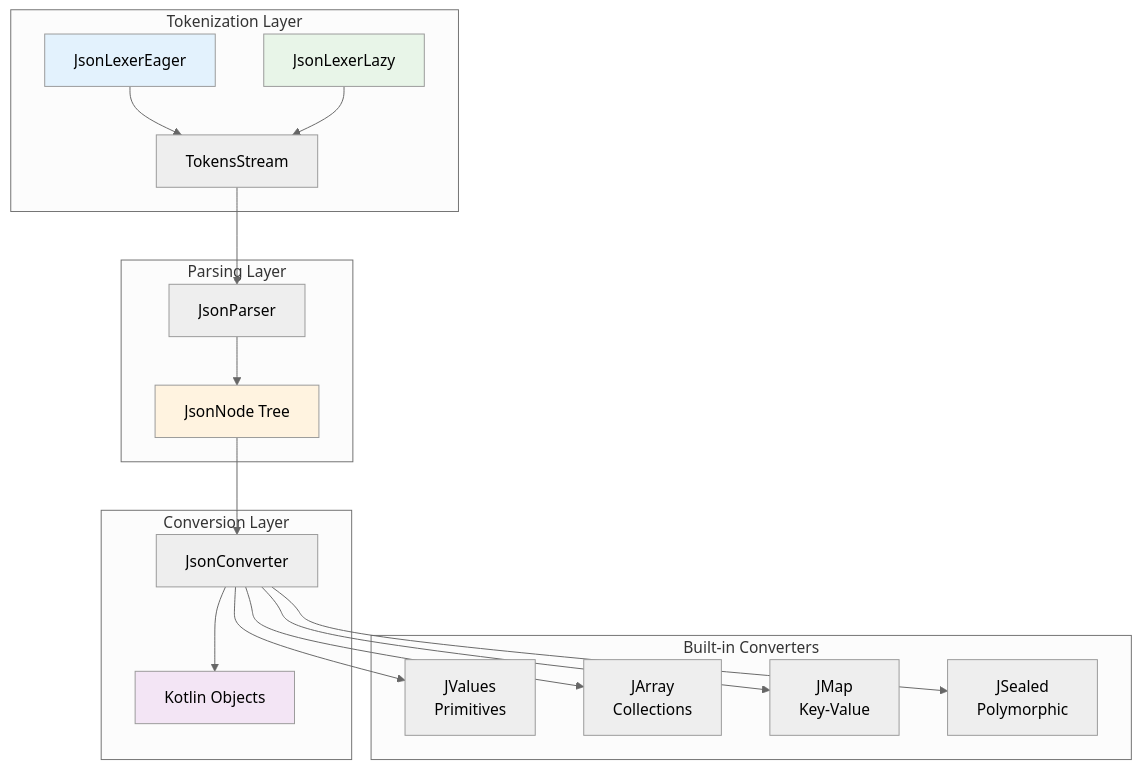
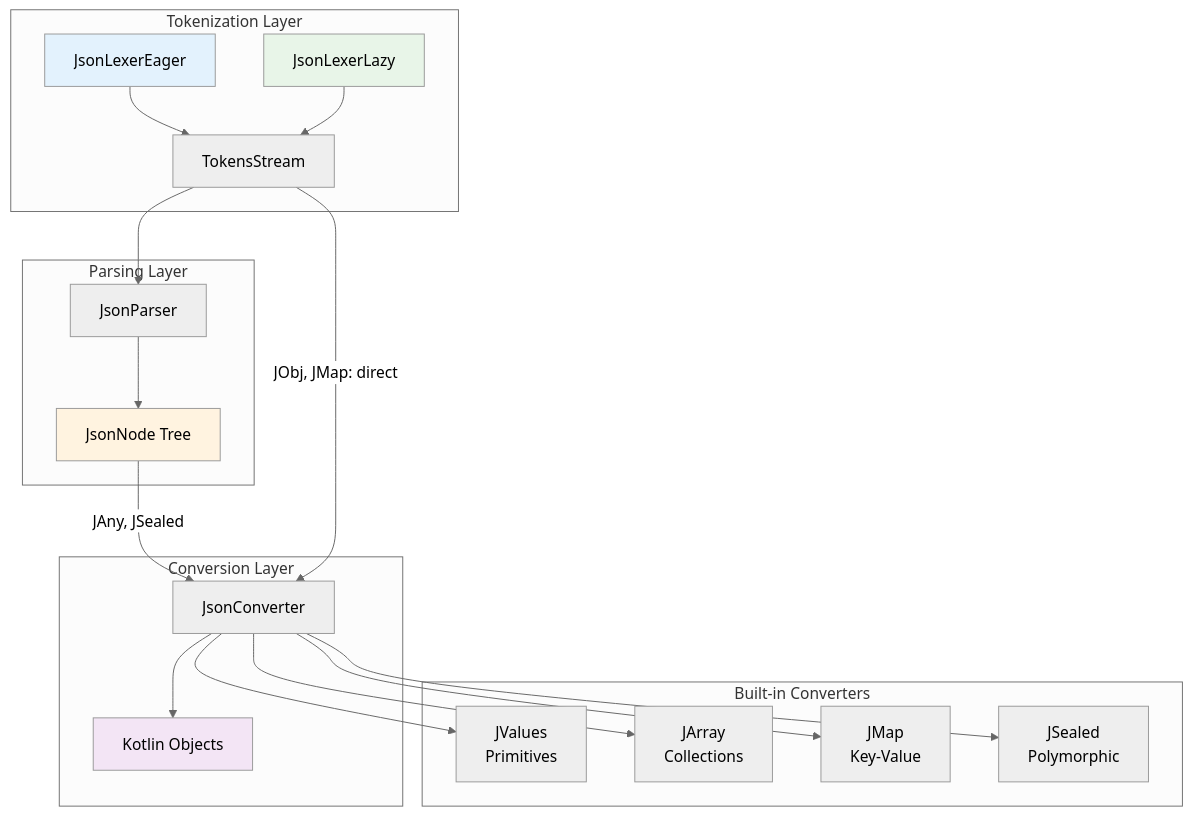
One commit to uberto/kondor-json changed the first of 3 diagrams in docs/kondor-core.md. Above: the diagram before and after it, drawn with Mermaid (neutral theme). The commit also changed other lines of this file and 12 other files, not shown here.

````diff
--- a/docs/kondor-core.md
+++ b/docs/kondor-core.md
@@ -39,33 +43,34 @@
 ```mermaid
 graph TB
     subgraph "Tokenization Layer"
         A[JsonLexerEager] --> C[TokensStream]
         B[JsonLexerLazy] --> C
     end
 
     subgraph "Parsing Layer"
         C --> D[JsonParser]
         D --> E[JsonNode Tree]
     end
 
     subgraph "Conversion Layer"
-        E --> F[JsonConverter]
+        E -->|JAny, JSealed| F[JsonConverter]
+        C -->|JObj, JMap: direct| F
         F --> G[Kotlin Objects]
     end
 
     subgraph "Built-in Converters"
         H[JValues<br/>Primitives]
         I[JArray<br/>Collections]
         J[JMap<br/>Key-Value]
         K[JSealed<br/>Polymorphic]
     end
 
     F --> H
     F --> I
     F --> J
     F --> K
     style A fill: #e3f2fd
     style B fill: #e8f5e8
     style E fill: #fff3e0
     style G fill: #f3e5f5
 ```
````
